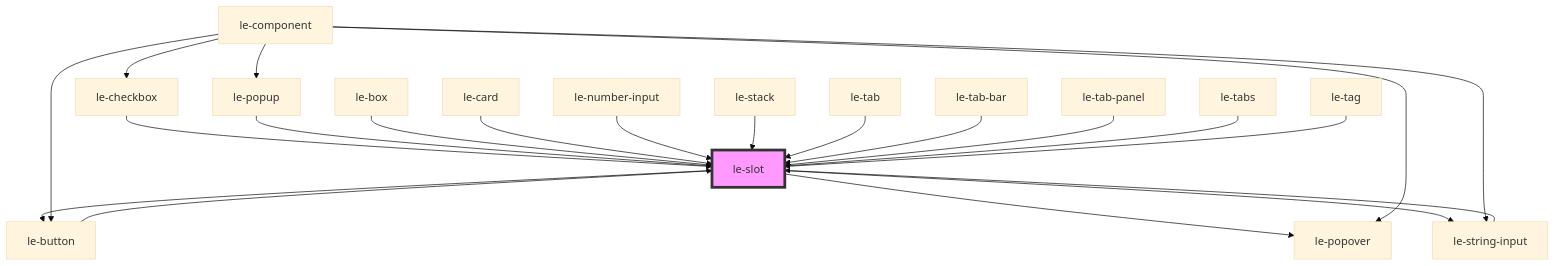
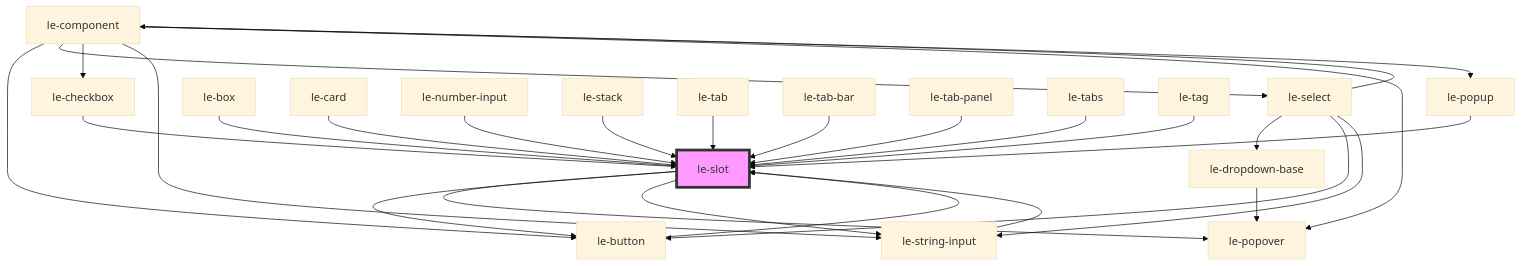
The diagram in src/components/le-slot/readme.md (leechy/le-kit), drawn with Mermaid (base theme) before and after one commit. The commit also changed 25 other files, not shown here.

Commit message:
Fix for the <le-popover> to have nested popovers (like <le-select>

````diff
--- a/src/components/le-slot/readme.md
+++ b/src/components/le-slot/readme.md
@@ -72,25 +72,31 @@
 ```mermaid
 graph TD;
   le-slot --> le-popover
   le-slot --> le-button
   le-slot --> le-string-input
   le-button --> le-slot
   le-component --> le-button
+  le-component --> le-select
   le-component --> le-checkbox
   le-component --> le-string-input
   le-component --> le-popover
   le-component --> le-popup
+  le-select --> le-component
+  le-select --> le-dropdown-base
+  le-select --> le-button
+  le-select --> le-string-input
+  le-dropdown-base --> le-popover
+  le-string-input --> le-slot
   le-checkbox --> le-slot
-  le-string-input --> le-slot
   le-popup --> le-slot
   le-box --> le-slot
   le-card --> le-slot
   le-number-input --> le-slot
   le-stack --> le-slot
   le-tab --> le-slot
   le-tab-bar --> le-slot
   le-tab-panel --> le-slot
   le-tabs --> le-slot
   le-tag --> le-slot
   style le-slot fill:#f9f,stroke:#333,stroke-width:4px
 ```
````
